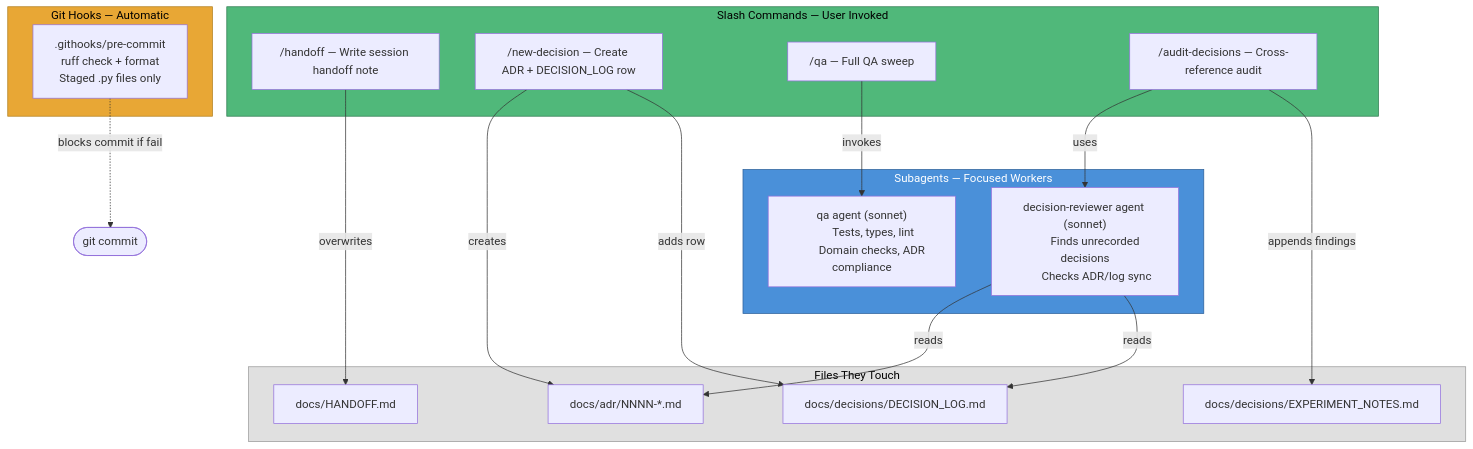
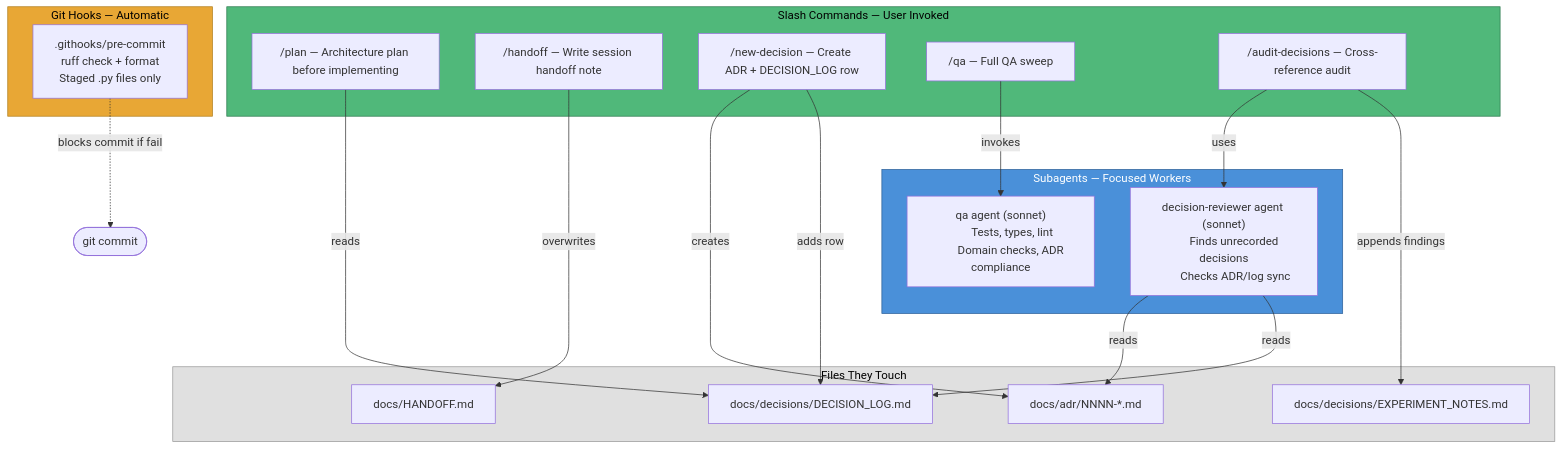
One commit to maxpowers1/av1-tui-starter changed the third of 4 diagrams in docs/FRAMEWORK_DIAGRAM.md. Above: the diagram before and after it, drawn with Mermaid. The commit also changed other lines of this file and 3 other files, not shown here.

First line of the commit message:
feat(framework): add /plan command for pre-implementation architecture review

````diff
--- a/docs/FRAMEWORK_DIAGRAM.md
+++ b/docs/FRAMEWORK_DIAGRAM.md
@@ -114,46 +118,48 @@
 ```mermaid
 flowchart TB
     subgraph COMMANDS["Slash Commands — User Invoked"]
+        CMD_PLAN["/plan — Architecture plan before implementing"]
         CMD_HANDOFF["/handoff — Write session handoff note"]
         CMD_DECISION["/new-decision — Create ADR + DECISION_LOG row"]
         CMD_QA["/qa — Full QA sweep"]
         CMD_AUDIT["/audit-decisions — Cross-reference audit"]
     end
 
     subgraph AGENTS["Subagents — Focused Workers"]
         AGENT_QA["qa agent (sonnet)
         Tests, types, lint
         Domain checks, ADR compliance"]
         AGENT_DR["decision-reviewer agent (sonnet)
         Finds unrecorded decisions
         Checks ADR/log sync"]
     end
 
     subgraph HOOKS["Git Hooks — Automatic"]
         HOOK_PC[".githooks/pre-commit
         ruff check + format
         Staged .py files only"]
     end
 
     subgraph FILES["Files They Touch"]
         HANDOFF_MD["docs/HANDOFF.md"]
         ADR_DIR["docs/adr/NNNN-*.md"]
         DECISION_LOG["docs/decisions/DECISION_LOG.md"]
         EXPERIMENT["docs/decisions/EXPERIMENT_NOTES.md"]
     end
 
+    CMD_PLAN -->|reads| DECISION_LOG
     CMD_HANDOFF -->|overwrites| HANDOFF_MD
     CMD_DECISION -->|creates| ADR_DIR
     CMD_DECISION -->|adds row| DECISION_LOG
     CMD_QA -->|invokes| AGENT_QA
     CMD_AUDIT -->|uses| AGENT_DR
     CMD_AUDIT -->|appends findings| EXPERIMENT
     AGENT_DR -->|reads| ADR_DIR
     AGENT_DR -->|reads| DECISION_LOG
     HOOK_PC -.->|blocks commit if fail| COMMITNODE([git commit])
 
     style COMMANDS fill:#50b87a,stroke:#2d7a4f,color:#000
     style AGENTS fill:#4a90d9,stroke:#2c5f99,color:#fff
     style HOOKS fill:#e8a735,stroke:#b07d1a,color:#000
     style FILES fill:#e0e0e0,stroke:#999,color:#000
 ```
````
